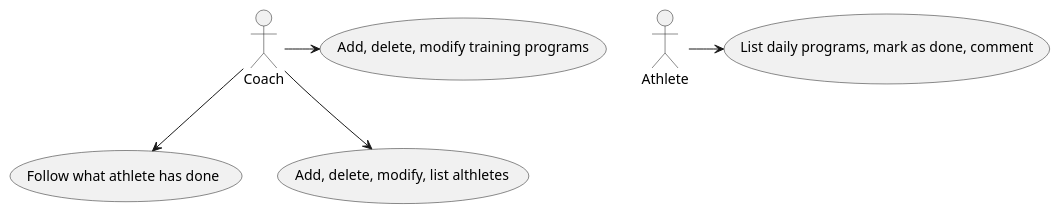
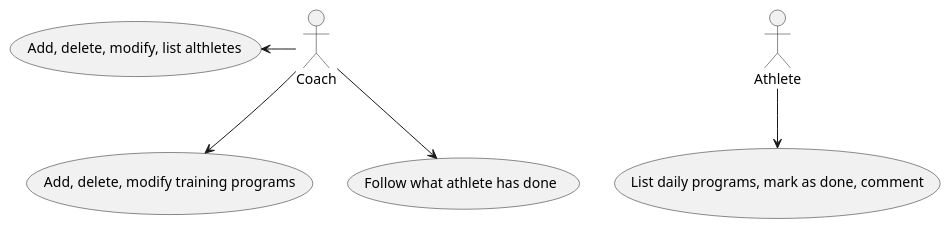
The diagram in Specs/Specs.md (SaLuX8/UI-programming), drawn with PlantUML before and after one commit.

````diff
--- a/Specs/Specs.md
+++ b/Specs/Specs.md
@@ -30,17 +30,17 @@
 ```plantuml
 
 actor Coach 
 actor Athlete
 usecase (Add, delete, modify training programs) as UC1
 usecase (List daily programs, mark as done, comment) as UC2
 usecase (Follow what athlete has done) as UC3
 usecase (Add, delete, modify, list althletes) as UC4
 
-Coach -down-> UC4
-Coach -right-> UC1
+Coach -left-> UC4
+Coach -down-> UC1
 Coach -down-> UC3
 
-Athlete -> UC2
+Athlete -down-> UC2
 
 
 ```
````
